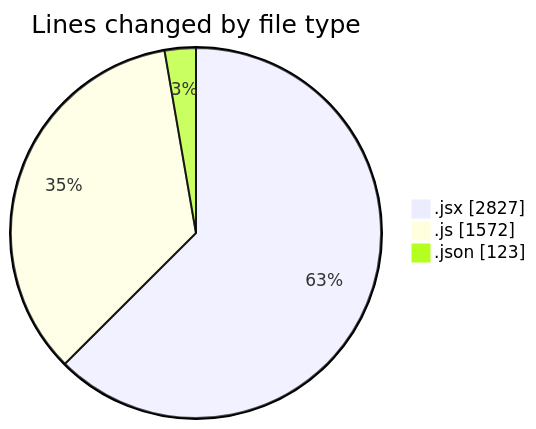
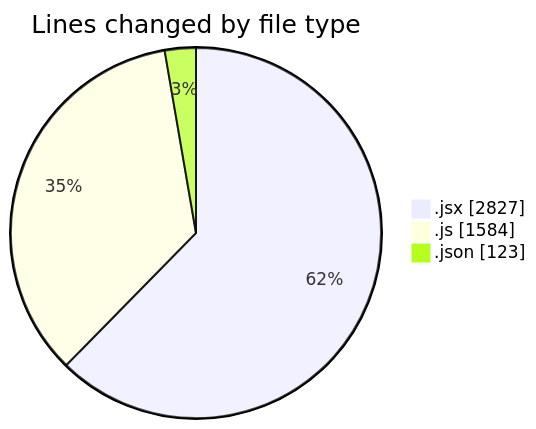
Before and after one commit to nxtqubesakshisongat/code-tracking: the first of 2 diagrams in 2025-12-28/nxtqube_webapp/README.md, drawn with Mermaid. The commit also changed other lines of this file and 1 other file, not shown here.

````diff
--- a/2025-12-28/nxtqube_webapp/README.md
+++ b/2025-12-28/nxtqube_webapp/README.md
@@ -27,7 +27,7 @@
 ```mermaid
 pie showData
 title Lines changed by file type
 ".jsx" : 2827
-".js" : 1572
+".js" : 1584
 ".json" : 123
 ```
````
